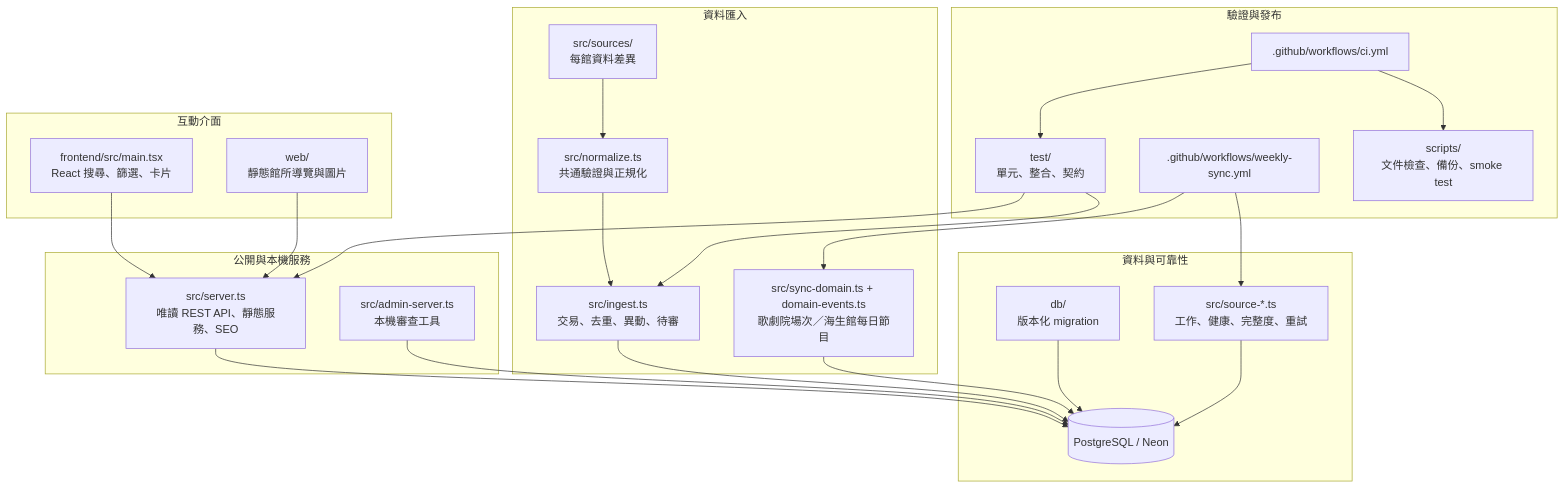
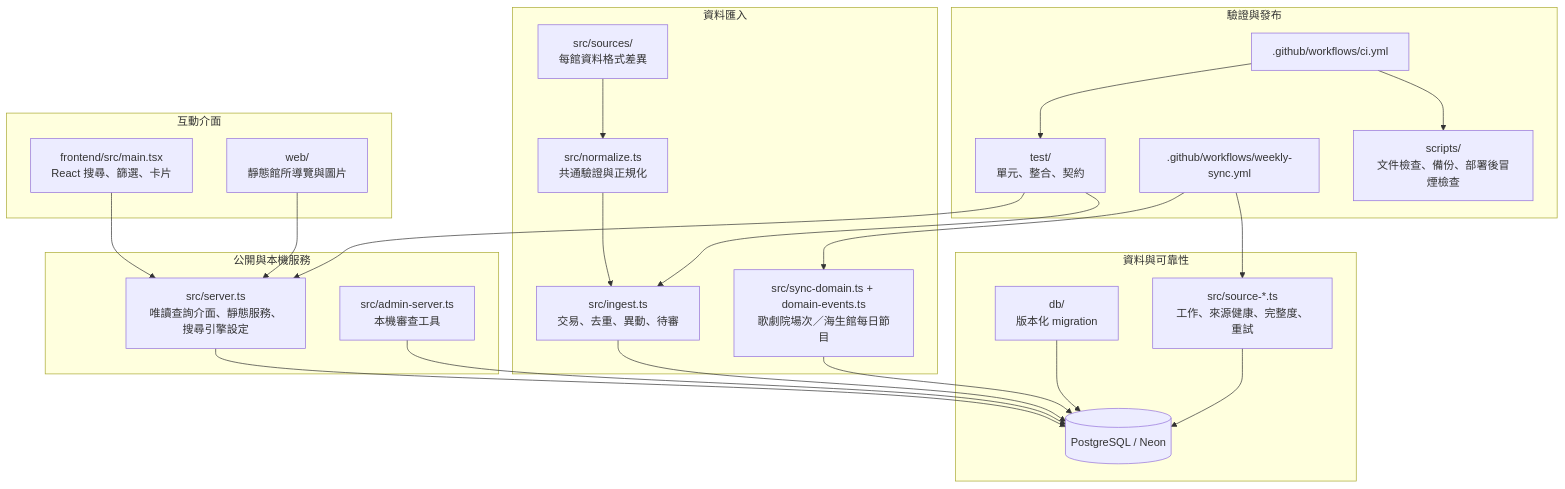
One commit to AndyLinStrongtyping/event-radar changed the diagram in docs/project-structure.md. Above: the diagram before and after it, drawn with Mermaid. The commit also changed other lines of this file and 4 other files, not shown here.

````diff
--- a/docs/project-structure.md
+++ b/docs/project-structure.md
@@ -11,42 +11,42 @@
 ```mermaid
 flowchart TB
   subgraph UI[互動介面]
     FE[frontend/src/main.tsx<br/>React 搜尋、篩選、卡片]
     STATIC[web/<br/>靜態館所導覽與圖片]
   end
   subgraph API[公開與本機服務]
-    SERVER[src/server.ts<br/>唯讀 REST API、靜態服務、SEO]
+    SERVER[src/server.ts<br/>唯讀查詢介面、靜態服務、搜尋引擎設定]
     ADMIN[src/admin-server.ts<br/>本機審查工具]
   end
   subgraph INGEST[資料匯入]
-    ADAPTER[src/sources/<br/>每館資料差異]
+    ADAPTER[src/sources/<br/>每館資料格式差異]
     NORMAL[src/normalize.ts<br/>共通驗證與正規化]
     INGESTTS[src/ingest.ts<br/>交易、去重、異動、待審]
     DOMAIN[src/sync-domain.ts + domain-events.ts<br/>歌劇院場次／海生館每日節目]
   end
   subgraph STORE[資料與可靠性]
     DB[(PostgreSQL / Neon)]
     MIG[db/<br/>版本化 migration]
-    HEALTH[src/source-*.ts<br/>工作、健康、完整度、重試]
+    HEALTH[src/source-*.ts<br/>工作、來源健康、完整度、重試]
   end
   subgraph QUALITY[驗證與發布]
     TEST[test/<br/>單元、整合、契約]
     CI[.github/workflows/ci.yml]
     WEEKLY[.github/workflows/weekly-sync.yml]
-    TOOLS[scripts/<br/>文件檢查、備份、smoke test]
+    TOOLS[scripts/<br/>文件檢查、備份、部署後冒煙檢查]
   end
   FE --> SERVER
   STATIC --> SERVER
   SERVER --> DB
   ADMIN --> DB
   ADAPTER --> NORMAL --> INGESTTS --> DB
   DOMAIN --> DB
   MIG --> DB
   HEALTH --> DB
   TEST --> INGESTTS
   TEST --> SERVER
   CI --> TEST
   CI --> TOOLS
   WEEKLY --> HEALTH
   WEEKLY --> DOMAIN
 ```
````
